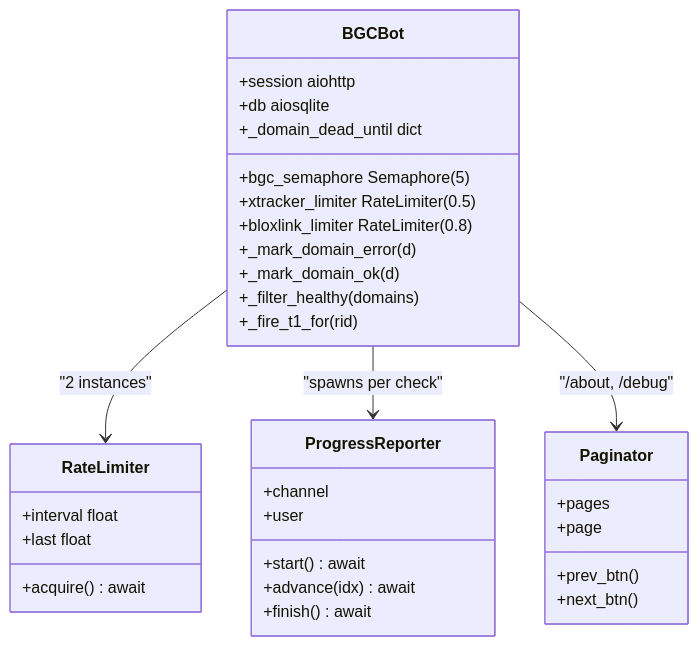
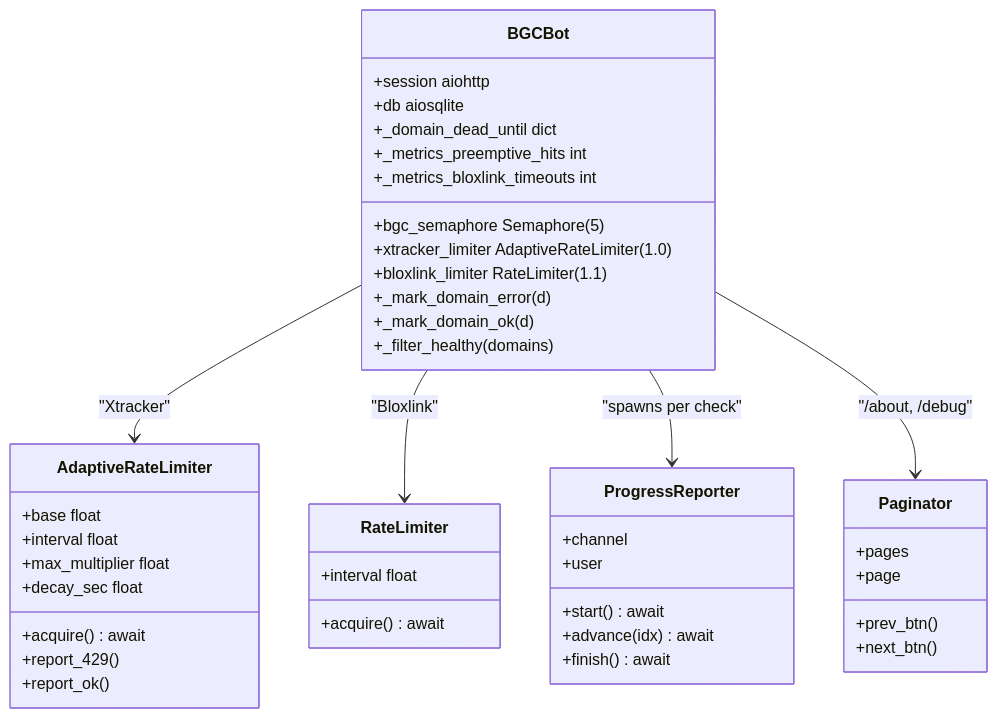
Diagram 16 of 16 in README.md (pizzarobloxh/bgc-bot), drawn with Mermaid before and after one commit. The commit also changed other lines of this file, not shown here.

````diff
--- a/README.md
+++ b/README.md
@@ -774,37 +759,47 @@
 ```mermaid
 classDiagram
     class BGCBot {
         +session aiohttp
         +db aiosqlite
         +bgc_semaphore Semaphore(5)
-        +xtracker_limiter RateLimiter(0.5)
-        +bloxlink_limiter RateLimiter(0.8)
+        +xtracker_limiter AdaptiveRateLimiter(1.0)
+        +bloxlink_limiter RateLimiter(1.1)
         +_domain_dead_until dict
+        +_metrics_preemptive_hits int
+        +_metrics_bloxlink_timeouts int
         +_mark_domain_error(d)
         +_mark_domain_ok(d)
         +_filter_healthy(domains)
-        +_fire_t1_for(rid)
+    }
+    class AdaptiveRateLimiter {
+        +base float
+        +interval float
+        +max_multiplier float
+        +decay_sec float
+        +acquire() await
+        +report_429()
+        +report_ok()
     }
     class RateLimiter {
         +interval float
-        +last float
         +acquire() await
     }
     class ProgressReporter {
         +channel
         +user
         +start() await
         +advance(idx) await
         +finish() await
     }
     class Paginator {
         +pages
         +page
         +prev_btn()
         +next_btn()
     }
 
-    BGCBot --> RateLimiter : "2 instances"
+    BGCBot --> AdaptiveRateLimiter : "Xtracker"
+    BGCBot --> RateLimiter : "Bloxlink"
     BGCBot --> ProgressReporter : "spawns per check"
     BGCBot --> Paginator : "/about, /debug"
 ```
````
